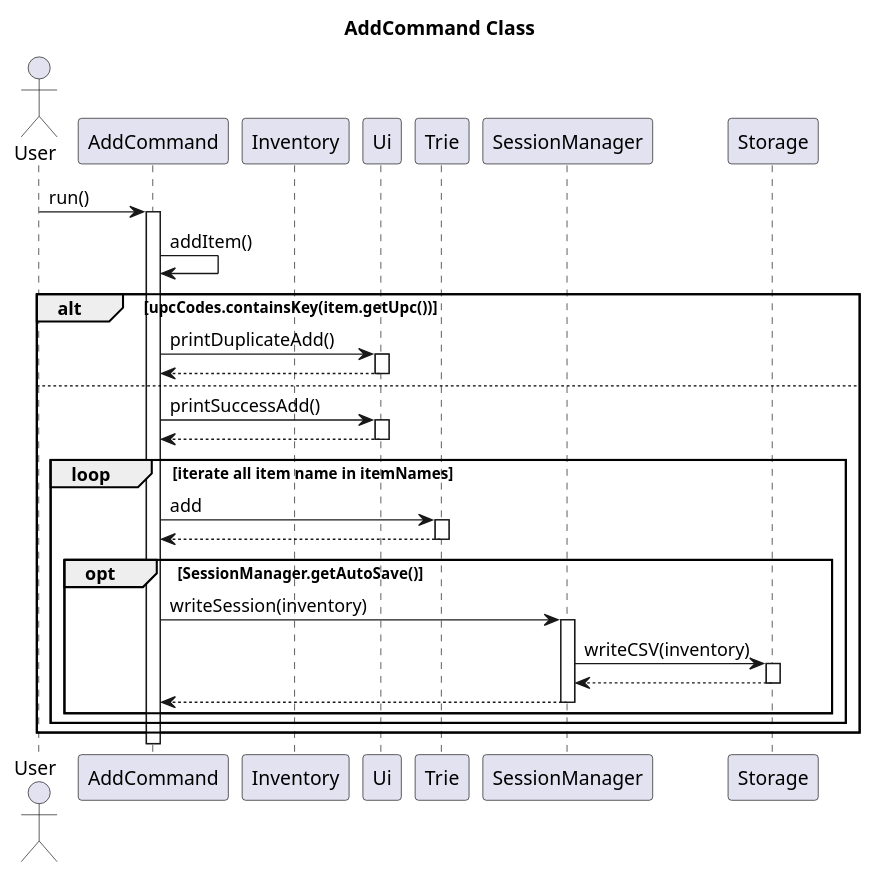
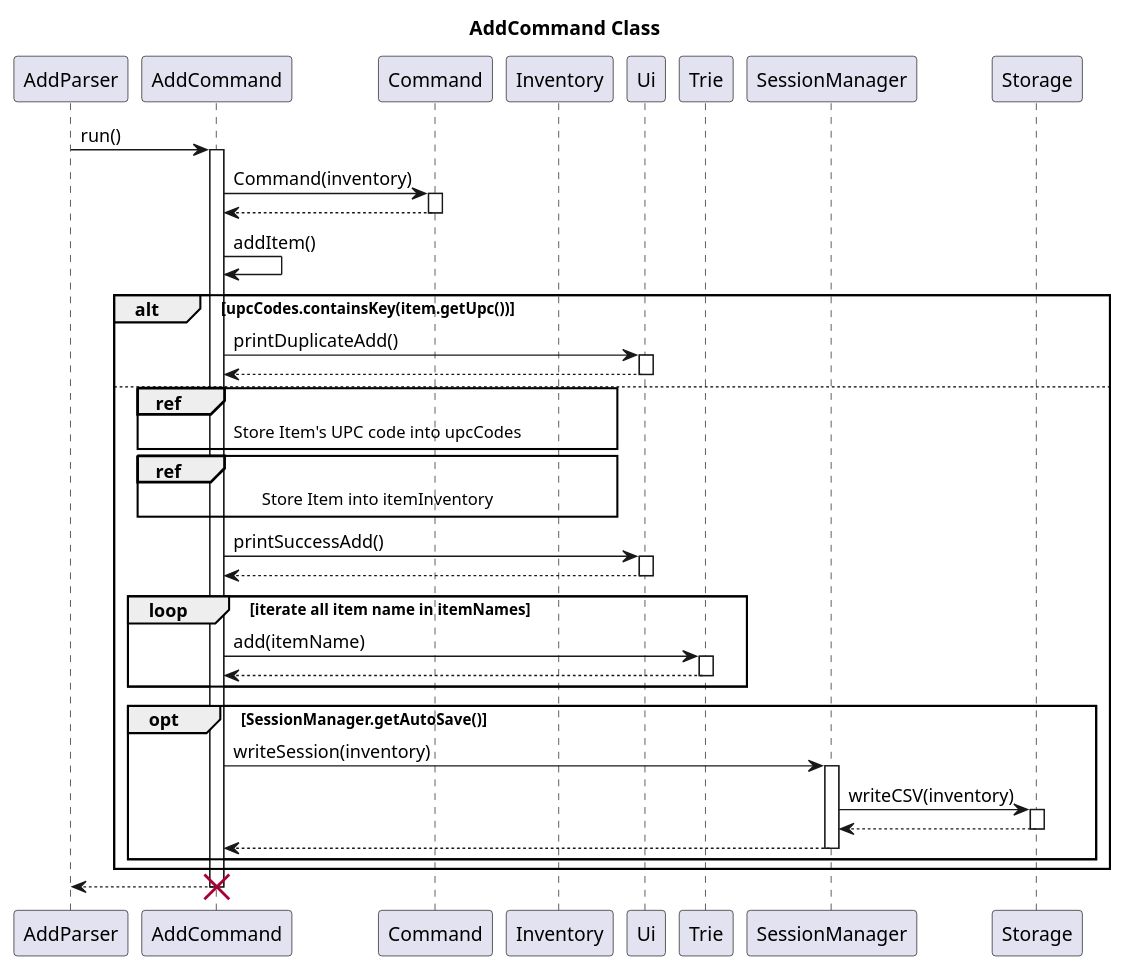
The diagram in docs/UML/Add/AddCommand.puml (nus-cs2113-AY2223S2/tp), drawn with PlantUML before and after one commit. The commit also changed 10 other files, not shown here.

Commit message:
docs: Sequence diagram for addparser, addcommand and high level sequence diagram

```diff
--- a/docs/UML/Add/AddCommand.puml
+++ b/docs/UML/Add/AddCommand.puml
@@ -2,45 +2,52 @@
 @startuml
 title AddCommand Class
 
-actor User
+participant AddParser
 participant AddCommand
-participant Inventory
-User -> AddCommand: run()
+AddParser -> AddCommand: run()
 
 activate AddCommand
+AddCommand -> Command:Command(inventory)
+activate Command
+Command -->AddCommand:
+deactivate Command
+participant Inventory
 participant Ui
 AddCommand -> AddCommand: addItem()
 alt upcCodes.containsKey(item.getUpc())
 AddCommand -> Ui: printDuplicateAdd()
 activate Ui
 Ui -->AddCommand:
 deactivate Ui
 else
+ref over AddCommand,Inventory:Store Item's UPC code into upcCodes
+ref over AddCommand,Inventory:Store Item into itemInventory
 AddCommand -> Ui: printSuccessAdd()
 activate Ui
 Ui -->AddCommand:
 deactivate Ui
 participant Trie
 loop iterate all item name in itemNames
-AddCommand -> Trie:add
+AddCommand -> Trie:add(itemName)
 activate Trie
 Trie --> AddCommand:
 deactivate Trie
+end
 participant SessionManager
 participant Storage
 opt SessionManager.getAutoSave()
 AddCommand ->SessionManager:writeSession(inventory)
 activate SessionManager
 SessionManager->Storage:writeCSV(inventory)
 activate Storage
 Storage -->SessionManager:
 deactivate Storage
 SessionManager -->AddCommand:
 deactivate SessionManager
 end
 end
-end
-
+AddCommand --> AddParser:
+destroy AddCommand
 
 
 @enduml
```
